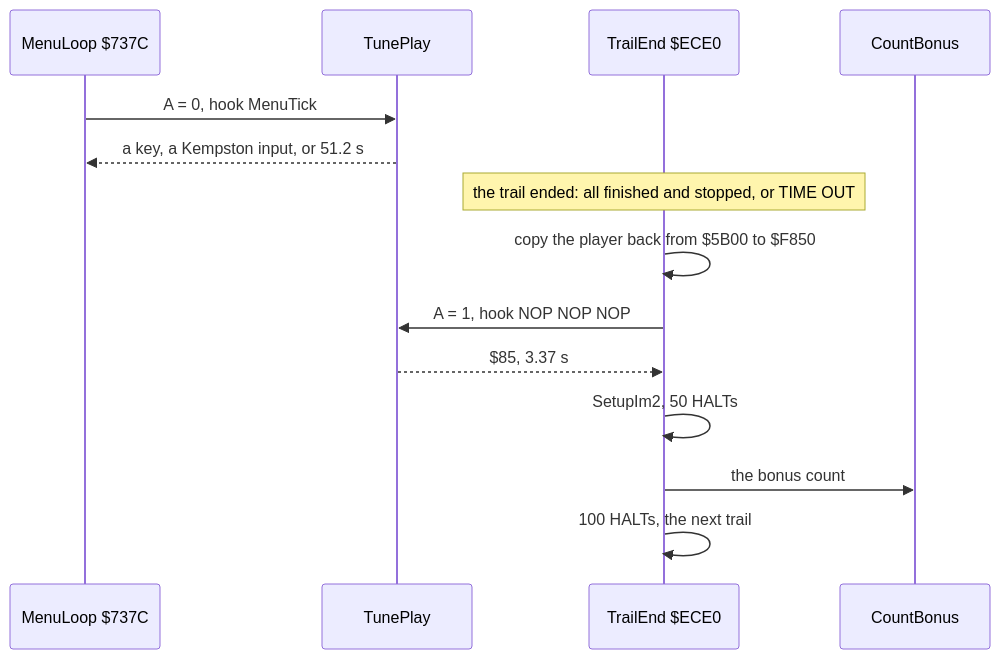
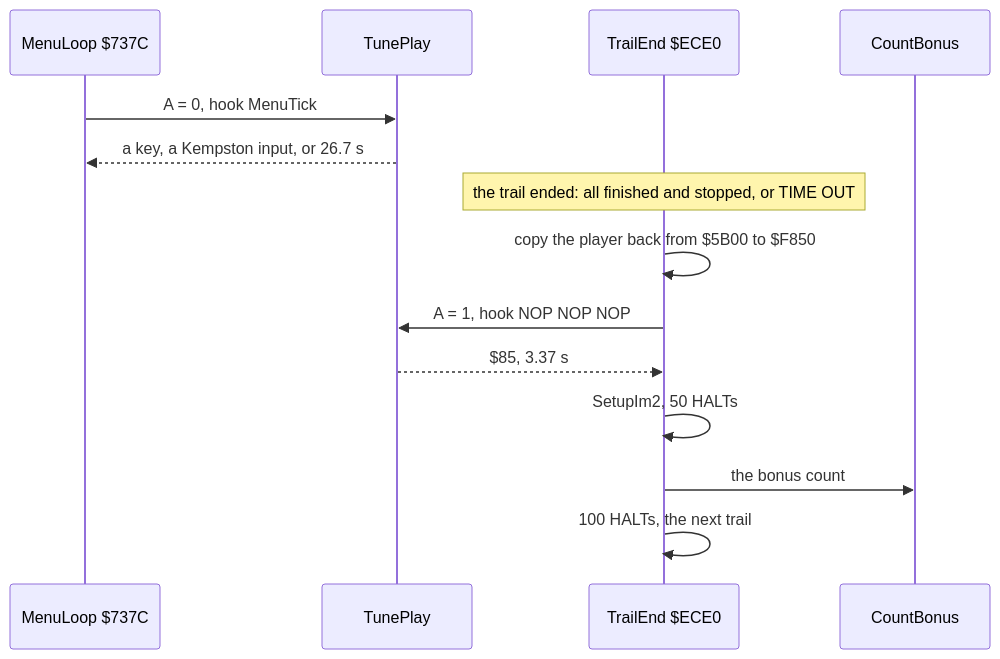
The seventh of 7 diagrams in games/atv-simulator/docs/09-sound.md (alfishe/unrealng-reverse-cases), drawn with Mermaid before and after one commit. The commit also changed other lines of this file and 32 other files, not shown here.

````diff
--- a/games/atv-simulator/docs/09-sound.md
+++ b/games/atv-simulator/docs/09-sound.md
@@ -818,16 +826,16 @@
 ```mermaid
 sequenceDiagram
   participant M as MenuLoop $737C
   participant P as TunePlay
   participant T as TrailEnd $ECE0
   participant C as CountBonus
   M->>P: A = 0, hook MenuTick
-  P-->>M: a key, a Kempston input, or 51.2 s
+  P-->>M: a key, a Kempston input, or 26.7 s
   Note over T: the trail ended: all finished and stopped, or TIME OUT
   T->>T: copy the player back from $5B00 to $F850
   T->>P: A = 1, hook NOP NOP NOP
   P-->>T: $85, 3.37 s
   T->>T: SetupIm2, 50 HALTs
   T->>C: the bonus count
   T->>T: 100 HALTs, the next trail
 ```
````
